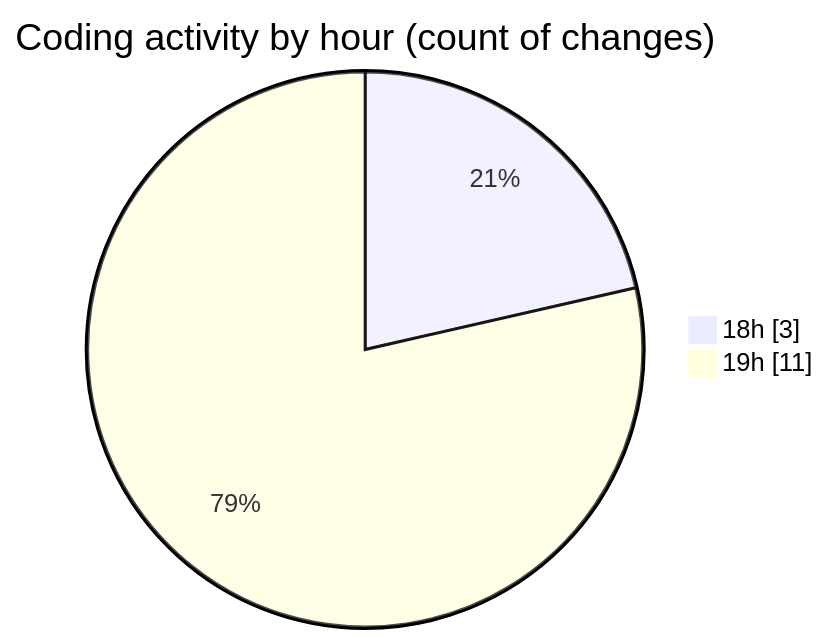
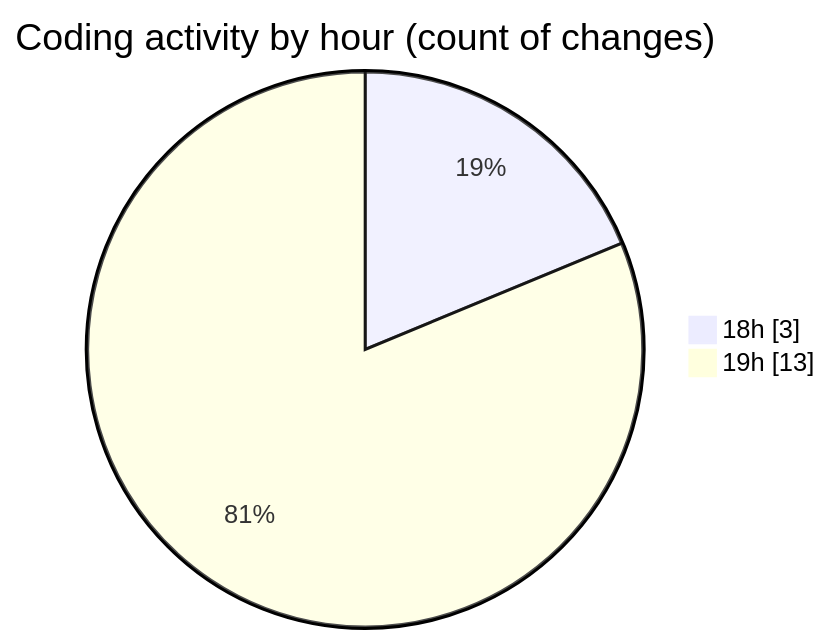
One commit to MatusMokan/code-tracking changed the second of 2 diagrams in 2025-03-20/myws__workspace_/README.md. Above: the diagram before and after it, drawn with Mermaid. The commit also changed other lines of this file and 1 other file, not shown here.

````diff
--- a/2025-03-20/myws__workspace_/README.md
+++ b/2025-03-20/myws__workspace_/README.md
@@ -30,6 +30,6 @@
 ```mermaid
 pie showData
 title Coding activity by hour (count of changes)
 "18h" : 3
-"19h" : 11
+"19h" : 13
 ```
````
